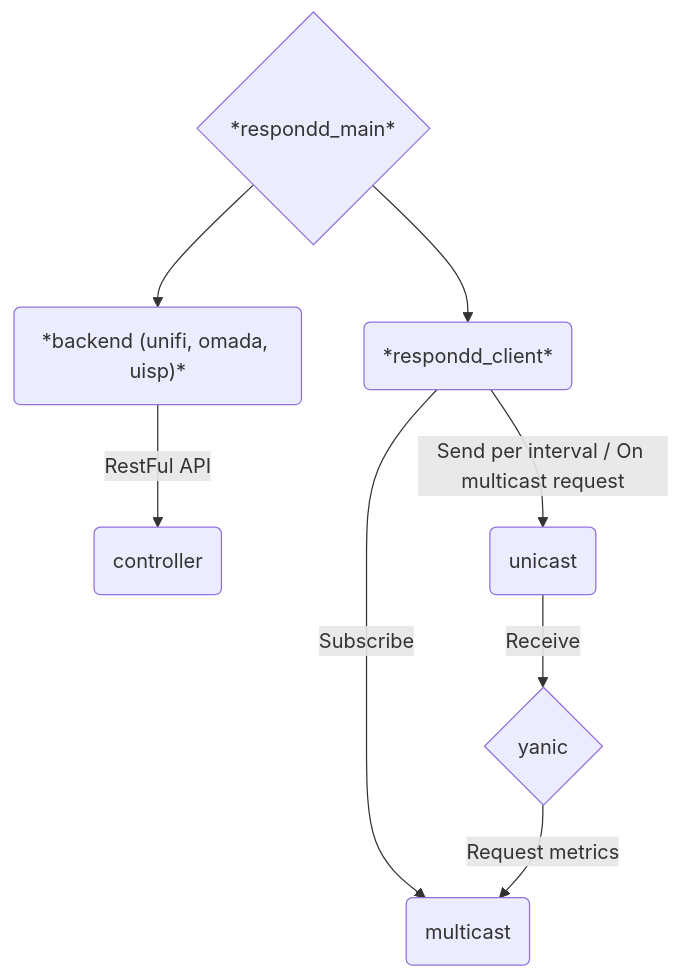
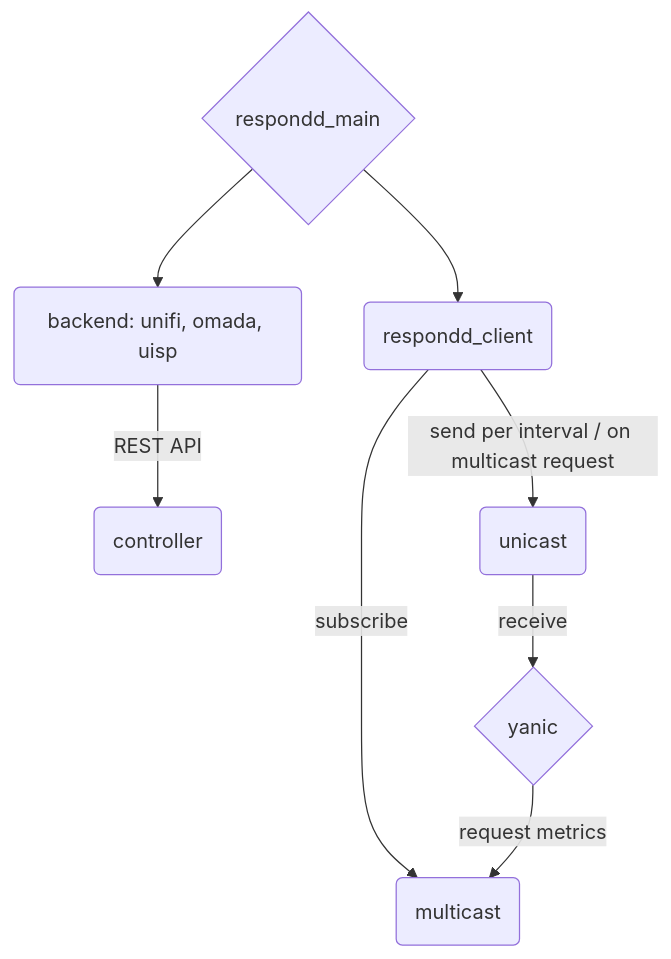
One commit to freifunkMUC/unifi_respondd changed the diagram in README.md. Above: the diagram before and after it, drawn with Mermaid.

Commit message:
Merge pull request #106 from freifunkMUC/docs/mermaid-diagram
Simplify the mermaid diagram in the README

````diff
--- a/README.md
+++ b/README.md
@@ -13,10 +13,10 @@
 ```mermaid
-graph TD;
-	A{"*respondd_main*"} -->| | B("*backend (unifi, omada, uisp)*")
-    A -->| | C("*respondd_client*")
-	B -->|"RestFul API"| D("controller")
-    C -->|"Subscribe"| E("multicast")
-    C -->|"Send per interval / On multicast request"| F("unicast")
-    G{"yanic"} -->|"Request metrics"| E
-    F -->|"Receive"| G
+flowchart TD
+    main{"respondd_main"} --> backend("backend: unifi, omada, uisp")
+    main --> client("respondd_client")
+    backend -->|"REST API"| controller("controller")
+    client -->|"subscribe"| multicast("multicast")
+    client -->|"send per interval / on multicast request"| unicast("unicast")
+    yanic{"yanic"} -->|"request metrics"| multicast
+    unicast -->|"receive"| yanic
 ```
````
